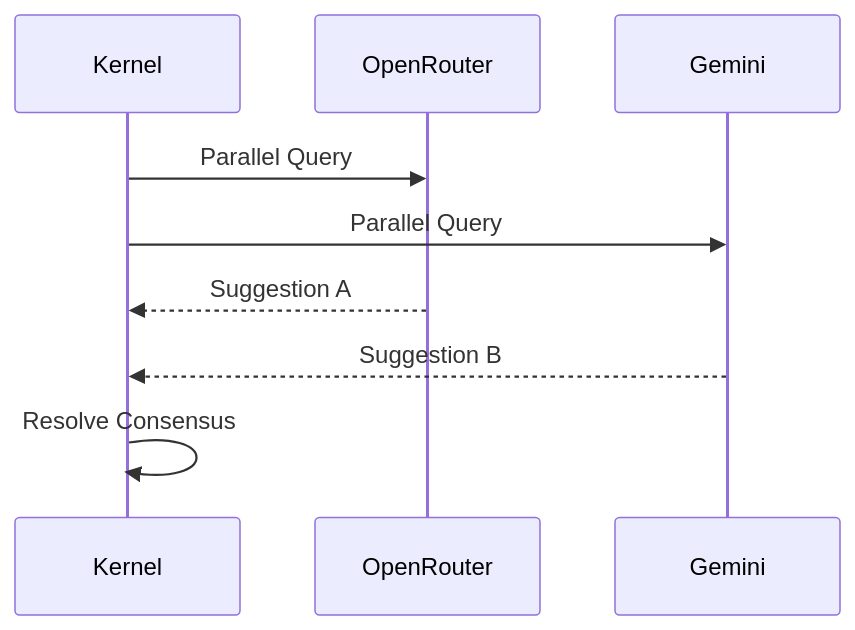
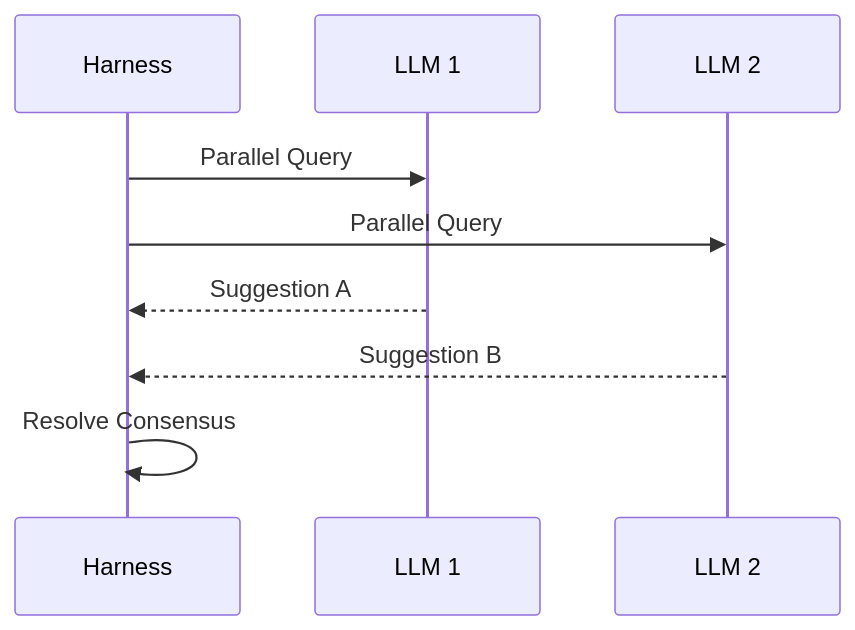
Before and after one commit to amrgharbeia/opencortex: the second of 3 diagrams in literate/neurosymbolic.org, drawn with Mermaid. The commit also changed other lines of this file, not shown here.

Commit message:
docs: Update neurosymbolic.org to use precise harness terminology

```diff
--- a/literate/neurosymbolic.org
+++ b/literate/neurosymbolic.org
@@ -81,11 +73,11 @@
 #+begin_src mermaid
 sequenceDiagram
-    participant Kernel
-    participant ProviderA as OpenRouter
-    participant ProviderB as Gemini
-    Kernel->>ProviderA: Parallel Query
-    Kernel->>ProviderB: Parallel Query
-    ProviderA-->>Kernel: Suggestion A
-    ProviderB-->>Kernel: Suggestion B
-    Kernel->>Kernel: Resolve Consensus
+    participant Harness
+    participant ProviderA as LLM 1
+    participant ProviderB as LLM 2
+    Harness->>ProviderA: Parallel Query
+    Harness->>ProviderB: Parallel Query
+    ProviderA-->>Harness: Suggestion A
+    ProviderB-->>Harness: Suggestion B
+    Harness->>Harness: Resolve Consensus
 #+end_src
```
